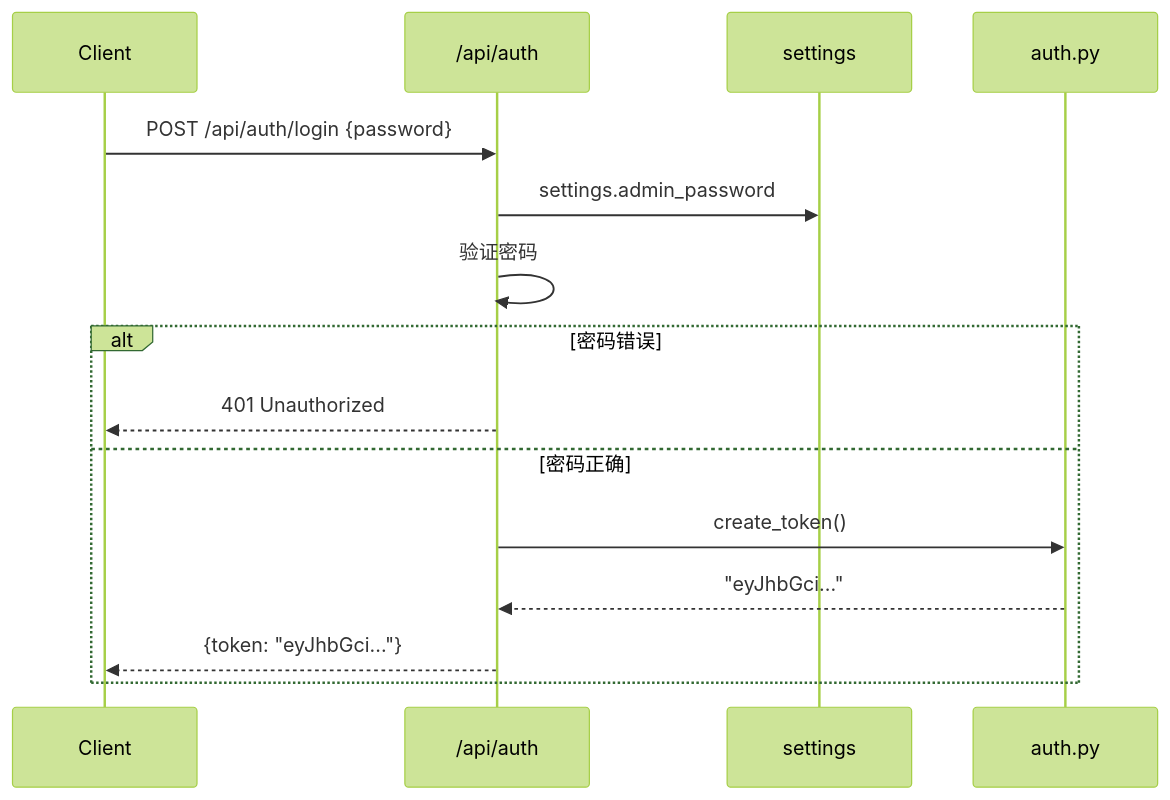
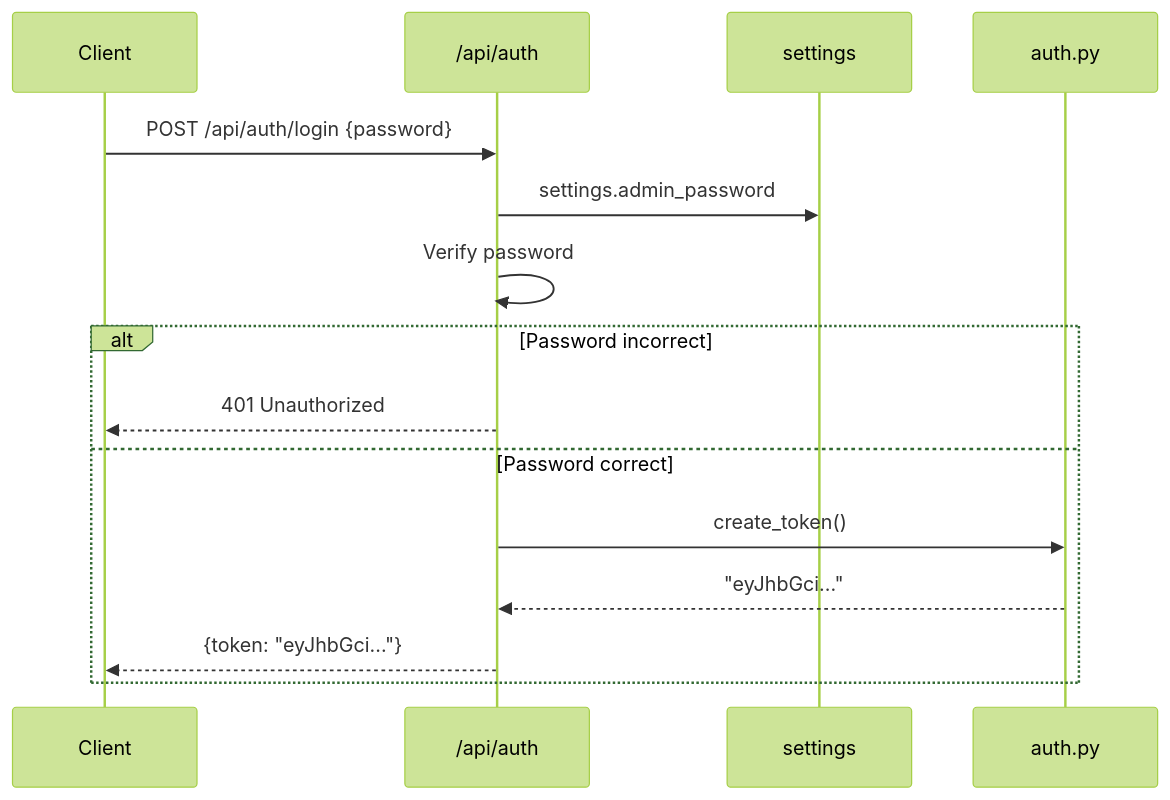
Before and after one commit to XUranus/dungeon: the second of 4 diagrams in docs/docs/architecture/backend.mdx, drawn with Mermaid (forest theme). The commit also changed other lines of this file and 75 other files, not shown here.

````diff
--- a/docs/docs/architecture/backend.mdx
+++ b/docs/docs/architecture/backend.mdx
@@ -306,19 +472,19 @@
 ```mermaid
 sequenceDiagram
     participant Client
     participant AuthRouter as /api/auth
     participant Config as settings
     participant JWT as auth.py
 
     Client->>AuthRouter: POST /api/auth/login {password}
     AuthRouter->>Config: settings.admin_password
-    AuthRouter->>AuthRouter: 验证密码
+    AuthRouter->>AuthRouter: Verify password
 
-    alt 密码错误
+    alt Password incorrect
         AuthRouter-->>Client: 401 Unauthorized
-    else 密码正确
+    else Password correct
         AuthRouter->>JWT: create_token()
         JWT-->>AuthRouter: "eyJhbGci..."
         AuthRouter-->>Client: {token: "eyJhbGci..."}
     end
 ```
````
